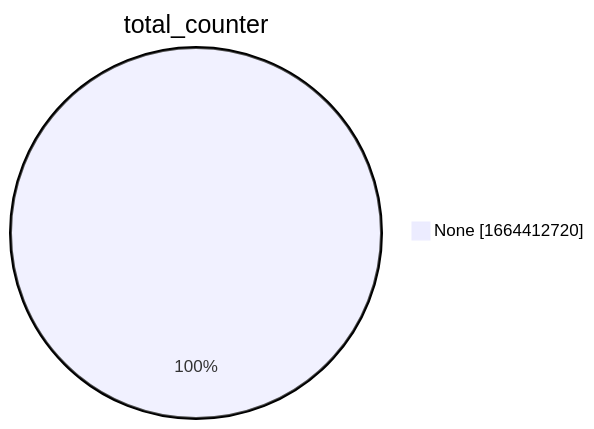
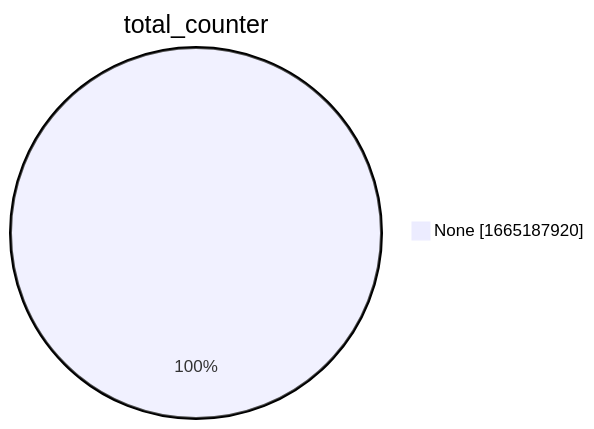
One commit to christiankrug/ctmonitor_visualization changed the second of 15 diagrams in xenon2022/README.md. Above: the diagram before and after it, drawn with Mermaid. The commit also changed other lines of this file, not shown here.

````diff
--- a/xenon2022/README.md
+++ b/xenon2022/README.md
@@ -9,5 +9,5 @@
 ```mermaid
 pie showData
 title total_counter
-"None" :1664412720
+"None" :1665187920
 ```
````
